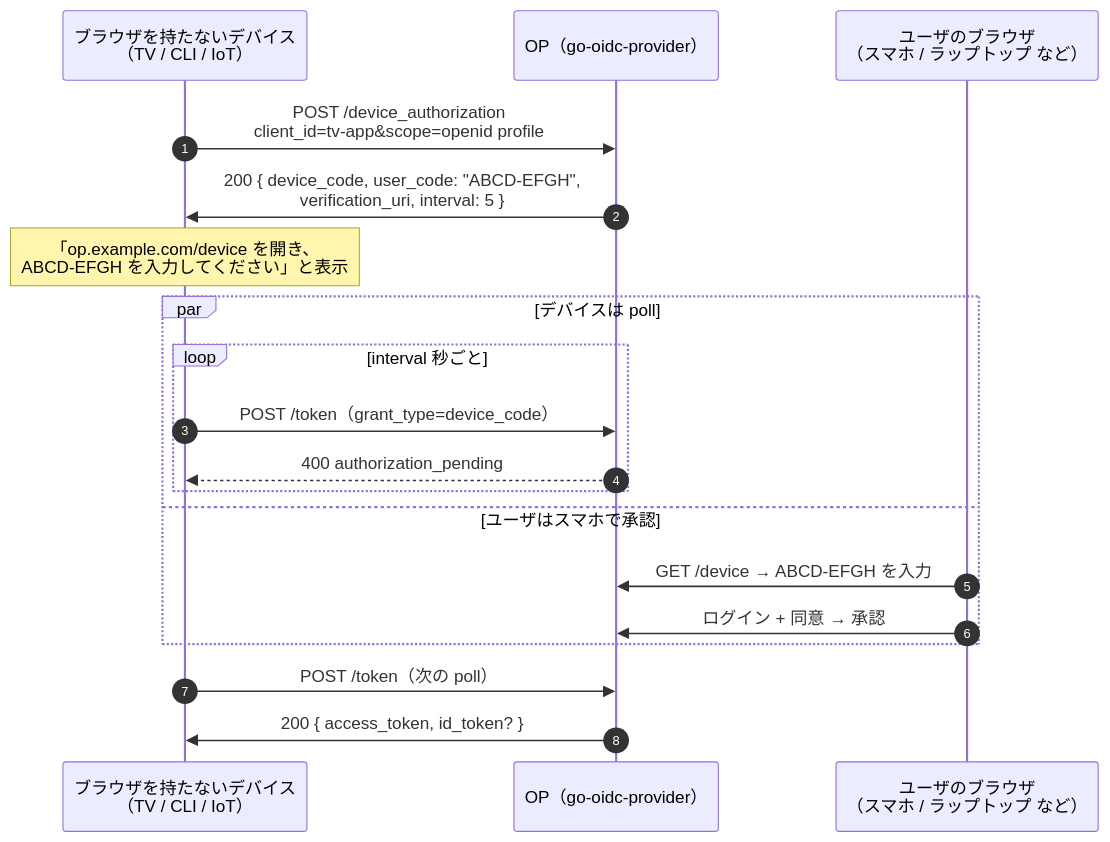
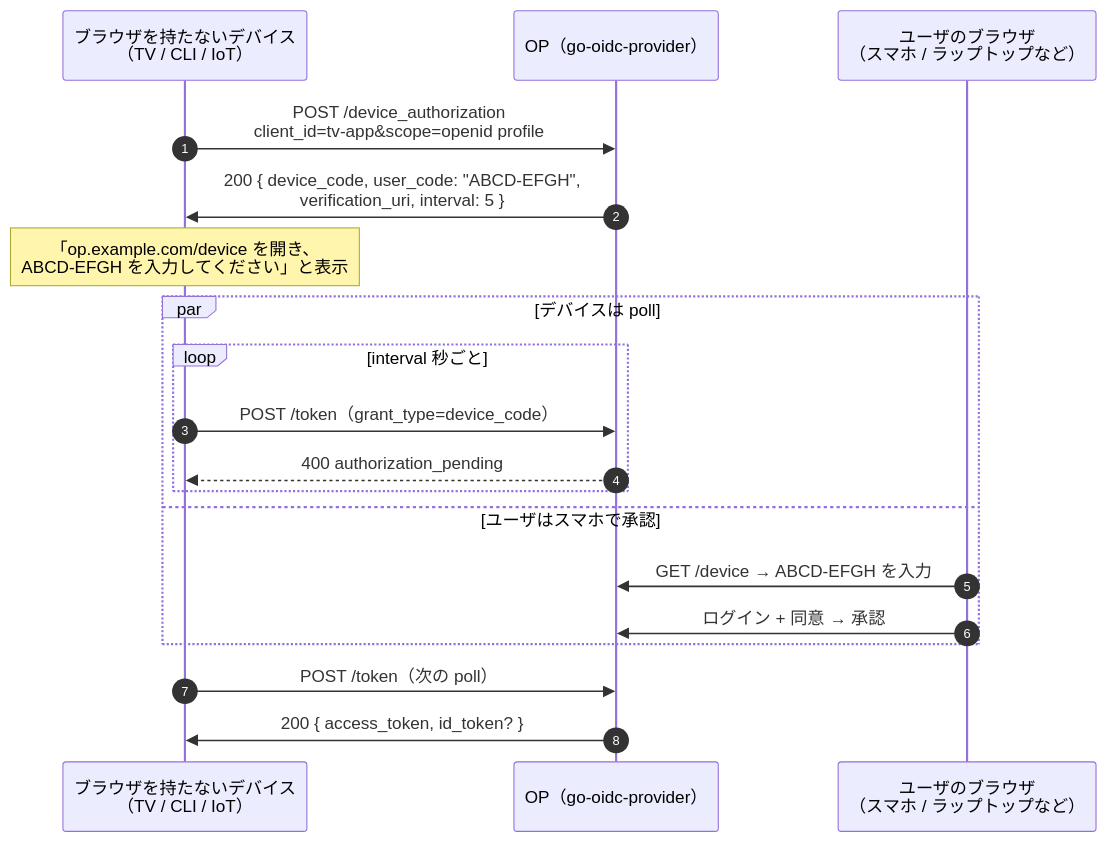
Before and after one commit to libraz/go-oidc-provider-homepage: the first of 2 diagrams in src/ja/concepts/no-browser-flows.md, drawn with Mermaid. The commit also changed other lines of this file and 15 other files, not shown here.

````diff
--- a/src/ja/concepts/no-browser-flows.md
+++ b/src/ja/concepts/no-browser-flows.md
@@ -71,25 +71,25 @@
 ```mermaid
 sequenceDiagram
     autonumber
     participant TV as ブラウザを持たないデバイス<br/>（TV / CLI / IoT）
     participant OP as OP（go-oidc-provider）
-    participant Phone as ユーザのブラウザ<br/>（スマホ / ラップトップ など）
+    participant Phone as ユーザのブラウザ<br/>（スマホ / ラップトップなど）
 
     TV->>OP: POST /device_authorization<br/>client_id=tv-app&scope=openid profile
     OP->>TV: 200 { device_code, user_code: "ABCD-EFGH",<br/>verification_uri, interval: 5 }
 
     Note over TV: 「op.example.com/device を開き、<br/>ABCD-EFGH を入力してください」と表示
 
     par デバイスは poll
         loop interval 秒ごと
             TV->>OP: POST /token（grant_type=device_code）
             OP-->>TV: 400 authorization_pending
         end
     and ユーザはスマホで承認
         Phone->>OP: GET /device → ABCD-EFGH を入力
         Phone->>OP: ログイン + 同意 → 承認
     end
 
     TV->>OP: POST /token（次の poll）
     OP->>TV: 200 { access_token, id_token? }
 ```
````
